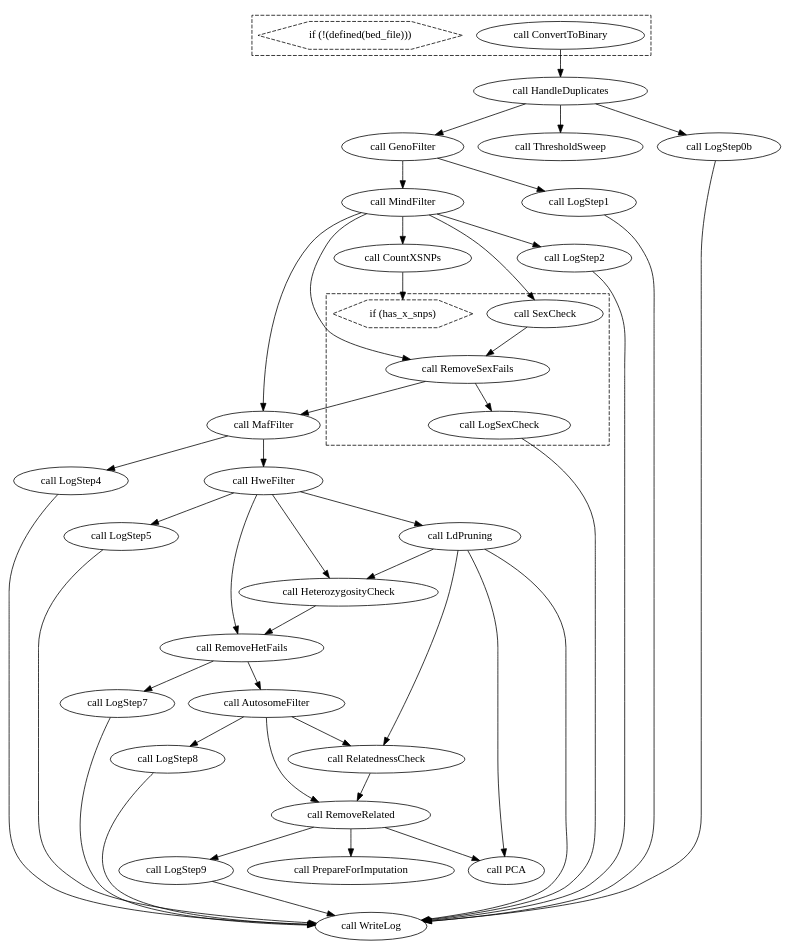
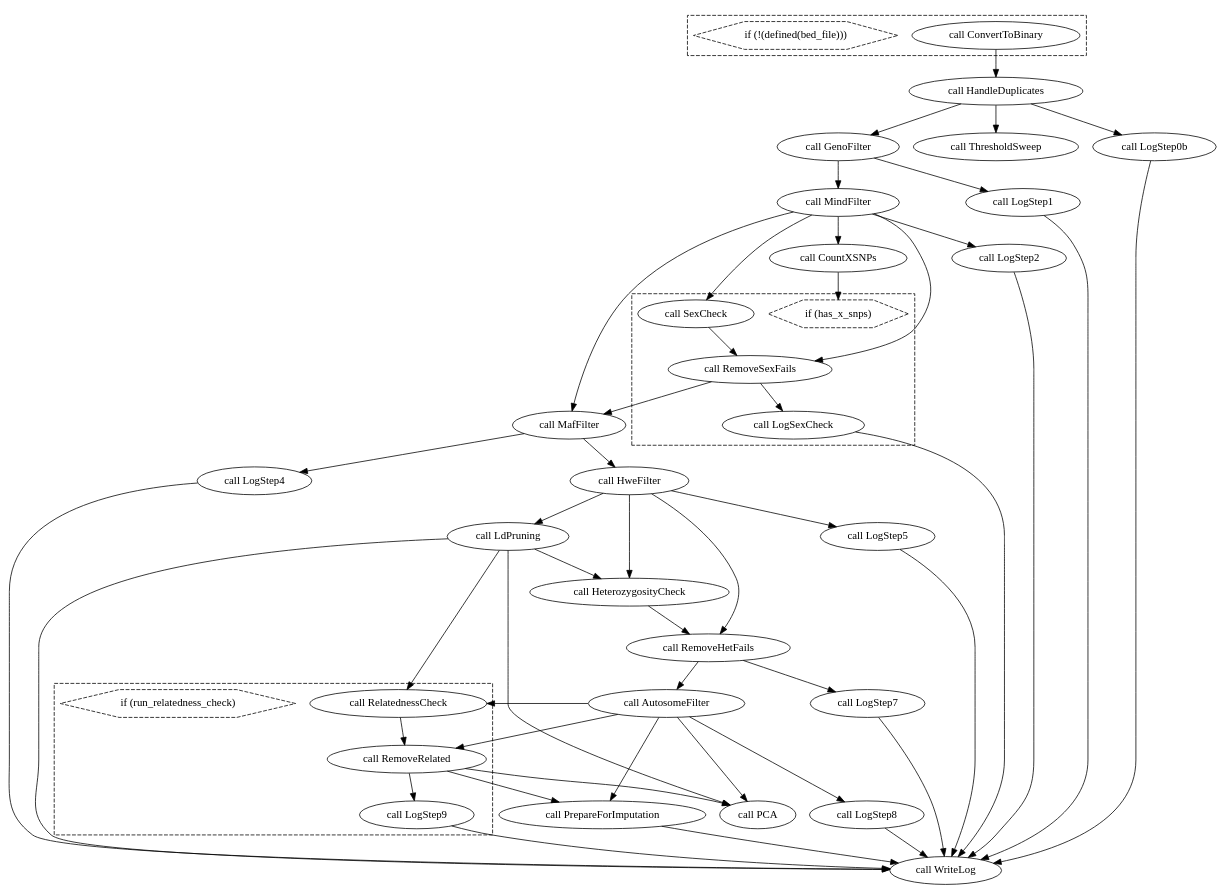
Before and after one commit to gwotto/genotype_qc_pipeline: the diagram in doc/genotype_qc_preimputation.dot, drawn with Graphviz. The commit also changed 8 other files, not shown here.

Commit message:
relatedness filter now optinal

```diff
--- a/doc/genotype_qc_preimputation.dot
+++ b/doc/genotype_qc_preimputation.dot
@@ -1,90 +1,98 @@
 digraph genotype_qc_preimputation {
   #rankdir=LR;
   compound=true;
 
   # Links
   CALL_RemoveRelated -> CALL_PrepareForImputation
   CALL_LdPruning -> CALL_RelatednessCheck
   CALL_HandleDuplicates -> CALL_LogStep0b
   CALL_LogStep7 -> CALL_WriteLog
   CALL_AutosomeFilter -> CALL_RelatednessCheck
   CALL_LogSexCheck -> CALL_WriteLog
   CALL_HandleDuplicates -> CALL_ThresholdSweep
   CALL_LdPruning -> CALL_HeterozygosityCheck
-  CALL_RemoveRelated -> CALL_LogStep9
   CALL_RemoveSexFails -> CALL_LogSexCheck
+  CALL_GenoFilter -> CALL_LogStep1
   CALL_HweFilter -> CALL_LogStep5
   CALL_LogStep9 -> CALL_WriteLog
   CALL_LogStep4 -> CALL_WriteLog
   CALL_HweFilter -> CALL_RemoveHetFails
   CALL_MindFilter -> CALL_SexCheck
   CALL_MindFilter -> CALL_CountXSNPs
   CALL_LdPruning -> CALL_PCA
   CALL_LogStep8 -> CALL_WriteLog
   CALL_LogStep1 -> CALL_WriteLog
   CALL_RemoveRelated -> CALL_PCA
   CALL_MindFilter -> CALL_RemoveSexFails
+  CALL_LogStep5 -> CALL_WriteLog
   CALL_RemoveHetFails -> CALL_AutosomeFilter
-  CALL_LogStep5 -> CALL_WriteLog
+  CALL_CountXSNPs -> CONDITIONAL_2_EXPRESSION
   CALL_HeterozygosityCheck -> CALL_RemoveHetFails
   CALL_RemoveSexFails -> CALL_MafFilter
   CALL_ConvertToBinary -> CALL_HandleDuplicates
   CALL_HandleDuplicates -> CALL_GenoFilter
   CALL_MindFilter -> CALL_LogStep2
   CALL_HweFilter -> CALL_LdPruning
   CALL_RelatednessCheck -> CALL_RemoveRelated
   CALL_GenoFilter -> CALL_MindFilter
   CALL_AutosomeFilter -> CALL_RemoveRelated
   CALL_MafFilter -> CALL_HweFilter
   CALL_HweFilter -> CALL_HeterozygosityCheck
+  CALL_AutosomeFilter -> CALL_PrepareForImputation
   CALL_SexCheck -> CALL_RemoveSexFails
-  CALL_CountXSNPs -> CONDITIONAL_0_EXPRESSION
-  CALL_GenoFilter -> CALL_LogStep1
+  CALL_AutosomeFilter -> CALL_PCA
+  CALL_RemoveRelated -> CALL_LogStep9
+  CALL_PrepareForImputation -> CALL_WriteLog
   CALL_RemoveHetFails -> CALL_LogStep7
   CALL_LogStep2 -> CALL_WriteLog
   CALL_MafFilter -> CALL_LogStep4
   CALL_LdPruning -> CALL_WriteLog
   CALL_LogStep0b -> CALL_WriteLog
   CALL_AutosomeFilter -> CALL_LogStep8
   CALL_MindFilter -> CALL_MafFilter
 
   # Nodes
-  CALL_RemoveRelated [label="call RemoveRelated"]
+  subgraph cluster_0 {
+    style="filled,dashed";
+    fillcolor=white;
+    CALL_RelatednessCheck [label="call RelatednessCheck"]
+    CALL_RemoveRelated [label="call RemoveRelated"]
+    CALL_LogStep9 [label="call LogStep9"]
+    CONDITIONAL_0_EXPRESSION [shape="hexagon" label="if (run_relatedness_check)" style="dashed" ]
+  }
+  subgraph cluster_2 {
+    style="filled,dashed";
+    fillcolor=white;
+    CALL_LogSexCheck [label="call LogSexCheck"]
+    CALL_SexCheck [label="call SexCheck"]
+    CALL_RemoveSexFails [label="call RemoveSexFails"]
+    CONDITIONAL_2_EXPRESSION [shape="hexagon" label="if (has_x_snps)" style="dashed" ]
+  }
   CALL_WriteLog [label="call WriteLog"]
   subgraph cluster_1 {
     style="filled,dashed";
     fillcolor=white;
     CALL_ConvertToBinary [label="call ConvertToBinary"]
     CONDITIONAL_1_EXPRESSION [shape="hexagon" label="if (!(defined(bed_file)))" style="dashed" ]
   }
   CALL_LdPruning [label="call LdPruning"]
   CALL_AutosomeFilter [label="call AutosomeFilter"]
   CALL_MindFilter [label="call MindFilter"]
   CALL_LogStep5 [label="call LogStep5"]
   CALL_RemoveHetFails [label="call RemoveHetFails"]
+  CALL_GenoFilter [label="call GenoFilter"]
   CALL_PCA [label="call PCA"]
   CALL_LogStep2 [label="call LogStep2"]
   CALL_MafFilter [label="call MafFilter"]
   CALL_CountXSNPs [label="call CountXSNPs"]
   CALL_LogStep0b [label="call LogStep0b"]
   CALL_ThresholdSweep [label="call ThresholdSweep"]
   CALL_LogStep7 [label="call LogStep7"]
   CALL_LogStep4 [label="call LogStep4"]
-  CALL_LogStep9 [label="call LogStep9"]
   CALL_HeterozygosityCheck [label="call HeterozygosityCheck"]
   CALL_LogStep1 [label="call LogStep1"]
-  CALL_RelatednessCheck [label="call RelatednessCheck"]
   CALL_LogStep8 [label="call LogStep8"]
   CALL_HandleDuplicates [label="call HandleDuplicates"]
-  CALL_GenoFilter [label="call GenoFilter"]
-  subgraph cluster_0 {
-    style="filled,dashed";
-    fillcolor=white;
-    CALL_LogSexCheck [label="call LogSexCheck"]
-    CALL_RemoveSexFails [label="call RemoveSexFails"]
-    CALL_SexCheck [label="call SexCheck"]
-    CONDITIONAL_0_EXPRESSION [shape="hexagon" label="if (has_x_snps)" style="dashed" ]
-  }
   CALL_PrepareForImputation [label="call PrepareForImputation"]
   CALL_HweFilter [label="call HweFilter"]
 }
```
